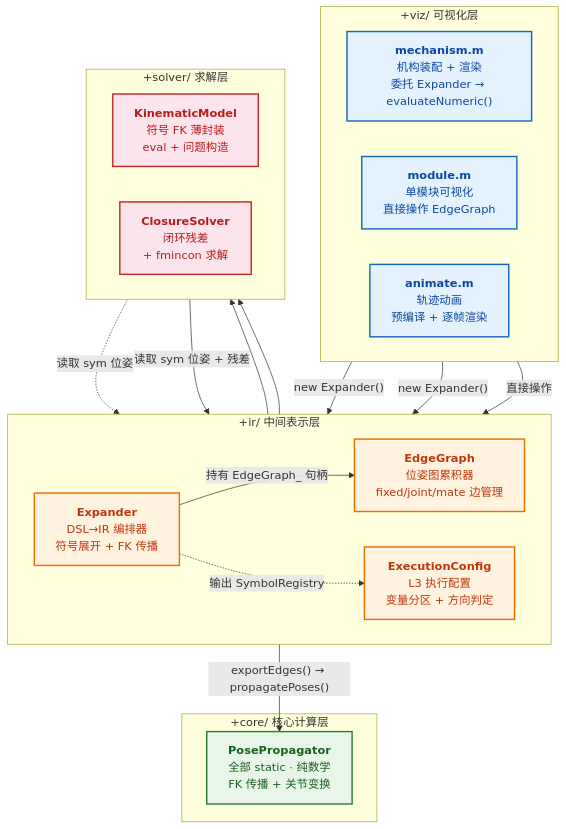
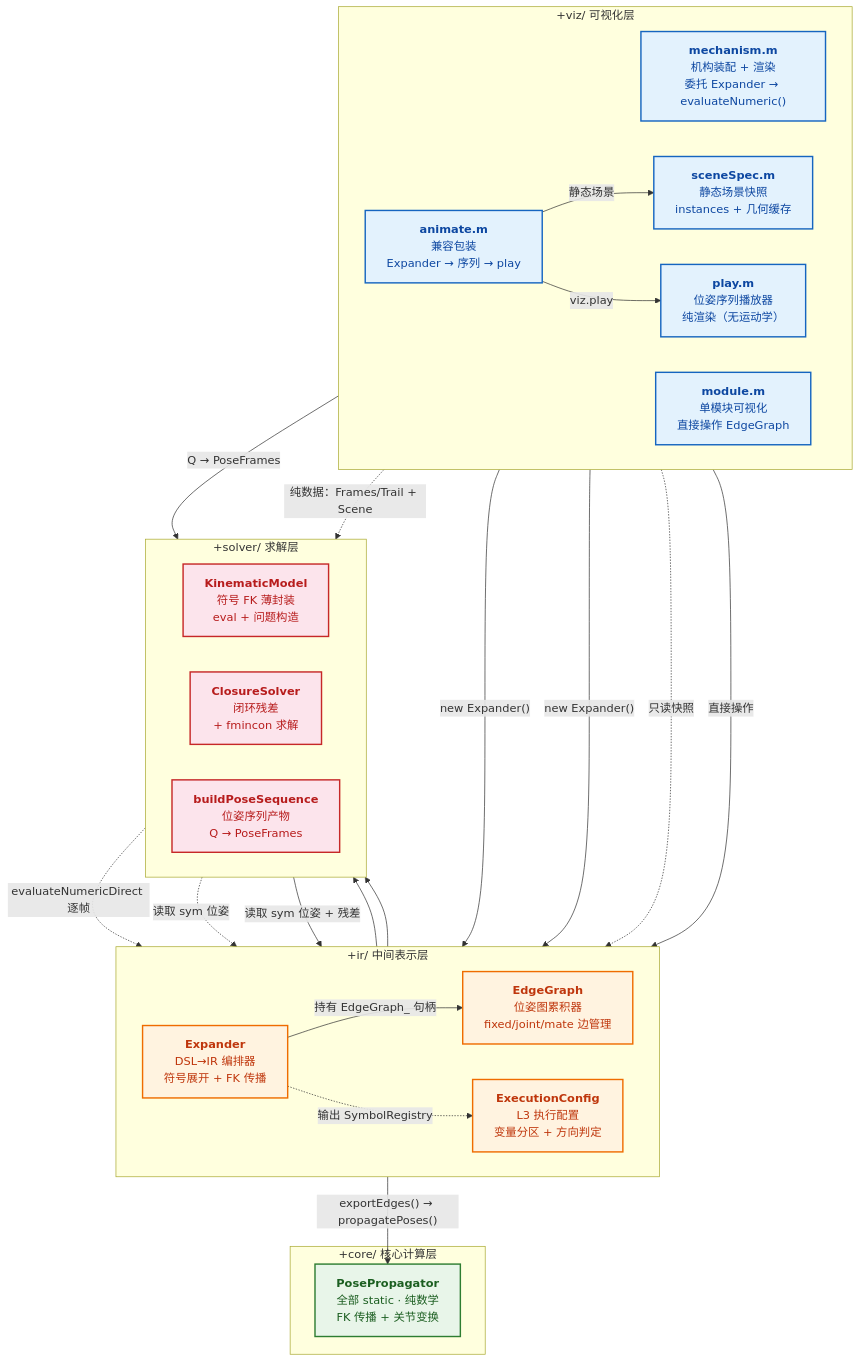
One commit to Axiom117/mrex_symbolic_kinematics changed the first of 6 diagrams in scripts/matlab/ARCHITECTURE.md. Above: the diagram before and after it, drawn with Mermaid. The commit also changed other lines of this file and 17 other files, not shown here.

````diff
--- a/scripts/matlab/ARCHITECTURE.md
+++ b/scripts/matlab/ARCHITECTURE.md
@@ -8,52 +8,61 @@
 ```mermaid
 graph TB
     %% ── 样式定义 ──
     classDef viz fill:#e3f2fd,stroke:#1565c0,stroke-width:2px,color:#0d47a1
     classDef ir  fill:#fff3e0,stroke:#ef6c00,stroke-width:2px,color:#bf360c
     classDef solver fill:#fce4ec,stroke:#c62828,stroke-width:2px,color:#b71c1c
     classDef core fill:#e8f5e9,stroke:#2e7d32,stroke-width:2px,color:#1b5e20
 
     %% ── 可视化层 ──
     subgraph viz_layer["+viz/ 可视化层"]
         direction LR
         mech["<b>mechanism.m</b><br/>机构装配 + 渲染<br/>委托 Expander → evaluateNumeric()"]
         mod["<b>module.m</b><br/>单模块可视化<br/>直接操作 EdgeGraph"]
-        anim["<b>animate.m</b><br/>轨迹动画<br/>预编译 + 逐帧渲染"]
+        anim["<b>animate.m</b><br/>兼容包装<br/>Expander → 序列 → play"]
+        play["<b>play.m</b><br/>位姿序列播放器<br/>纯渲染（无运动学）"]
+        scenespec["<b>sceneSpec.m</b><br/>静态场景快照<br/>instances + 几何缓存"]
     end
 
     %% ── 中间表示层 ──
     subgraph ir_layer["+ir/ 中间表示层"]
         direction LR
         expander["<b>Expander</b><br/>DSL→IR 编排器<br/>符号展开 + FK 传播"]
         edgegraph["<b>EdgeGraph</b><br/>位姿图累积器<br/>fixed/joint/mate 边管理"]
         execcfg["<b>ExecutionConfig</b><br/>L3 执行配置<br/>变量分区 + 方向判定"]
     end
 
     %% ── 求解层 ──
     subgraph solver_layer["+solver/ 求解层"]
         direction LR
         kinmodel["<b>KinematicModel</b><br/>符号 FK 薄封装<br/>eval + 问题构造"]
         closuresolver["<b>ClosureSolver</b><br/>闭环残差<br/>+ fmincon 求解"]
+        buildseq["<b>buildPoseSequence</b><br/>位姿序列产物<br/>Q → PoseFrames"]
     end
 
     %% ── 核心计算层 ──
     subgraph core_layer["+core/ 核心计算层"]
         poseprop["<b>PosePropagator</b><br/>全部 static · 纯数学<br/>FK 传播 + 关节变换"]
     end
 
     %% ── 调用关系 ──
     mech & anim -->|"new Expander()"| expander
+    anim -->|"Q → PoseFrames"| buildseq
+    anim -->|"静态场景"| scenespec
+    anim -->|"viz.play"| play
+    buildseq -.->|"evaluateNumericDirect 逐帧"| expander
+    scenespec -.->|"只读快照"| expander
+    play -.->|"纯数据：Frames/Trail + Scene"| buildseq
     expander   -->|"持有 EdgeGraph_ 句柄"| edgegraph
     edgegraph  -->|"exportEdges() → propagatePoses()"| poseprop
     expander   -.->|"输出 SymbolRegistry"| execcfg
     execcfg    --> kinmodel
     execcfg    --> closuresolver
     kinmodel   -.->|"读取 sym 位姿"| edgegraph
     closuresolver -->|"读取 sym 位姿 + 残差"| edgegraph
     mod        -->|"直接操作"| edgegraph
 
-    class mech,mod,anim viz
+    class mech,mod,anim,play,scenespec viz
     class expander,edgegraph,execcfg ir
-    class kinmodel,closuresolver solver
+    class kinmodel,closuresolver,buildseq solver
     class poseprop core
 ```
````
